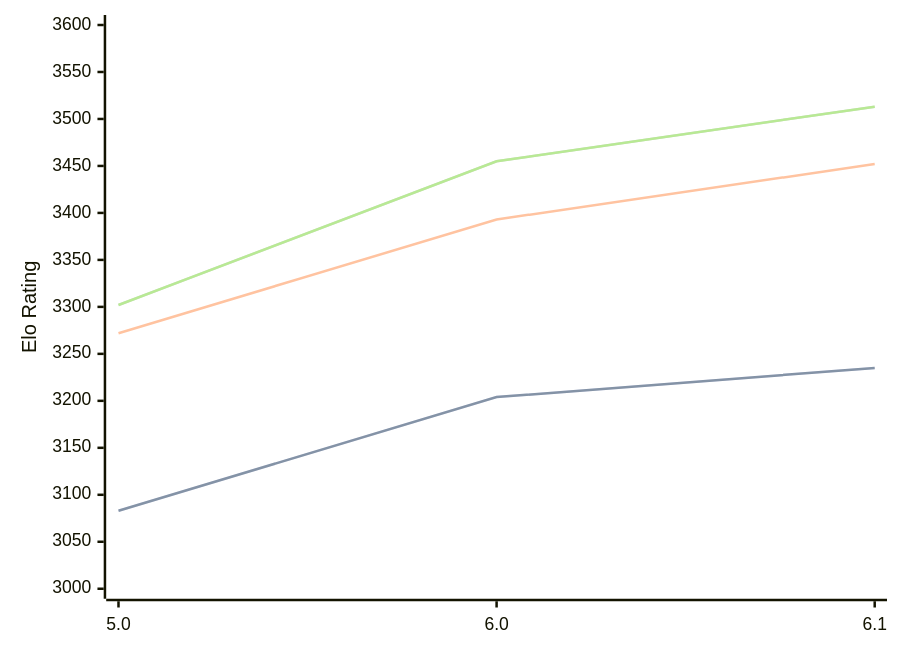
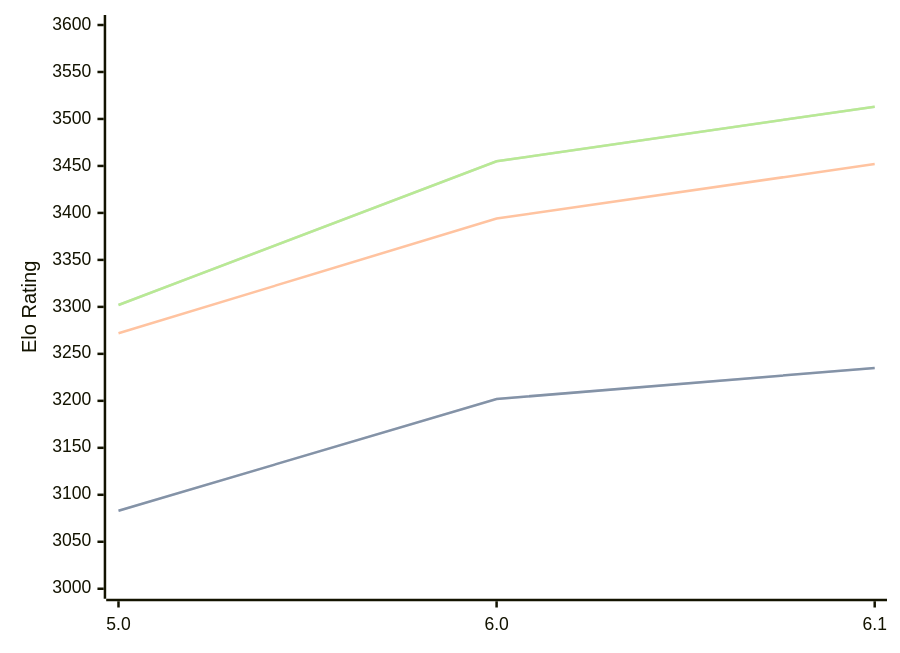
The diagram in engines/PZChessBot.md (computer-chess-index/cci), drawn with Mermaid before and after one commit. The commit also changed other lines of this file, not shown here.

Commit message:
Update CCI Ratings (ELO VLTC) - 2026-04-16

````diff
--- a/engines/PZChessBot.md
+++ b/engines/PZChessBot.md
@@ -42,11 +42,11 @@
 ```mermaid
 %%{init: {"theme":"base","themeVariables":{"seriesColors:['#a3a3a3','#222221','#faa371']}}}%%
 xychart-beta
   x-axis ["5.0", "6.0", "6.1"]
   y-axis "Elo Rating" 3000 --> 3600
-  line "STC (8.0+0.08s)" [3083, 3204, 3235]
-  line "STC (8.0+0.08s)" [3083, 3204, 3235]
-  line "LTC (60.0+0.60s)" [3272, 3393, 3452]
+  line "STC (8.0+0.08s)" [3083, 3202, 3235]
+  line "STC (8.0+0.08s)" [3083, 3202, 3235]
+  line "LTC (60.0+0.60s)" [3272, 3394, 3452]
   line "VLTC (2m24s+1.12s)" [3302, 3455, 3513]
   line "VLTC (2m24s+1.12s)" [3302, 3455, 3513]
 ```
````
